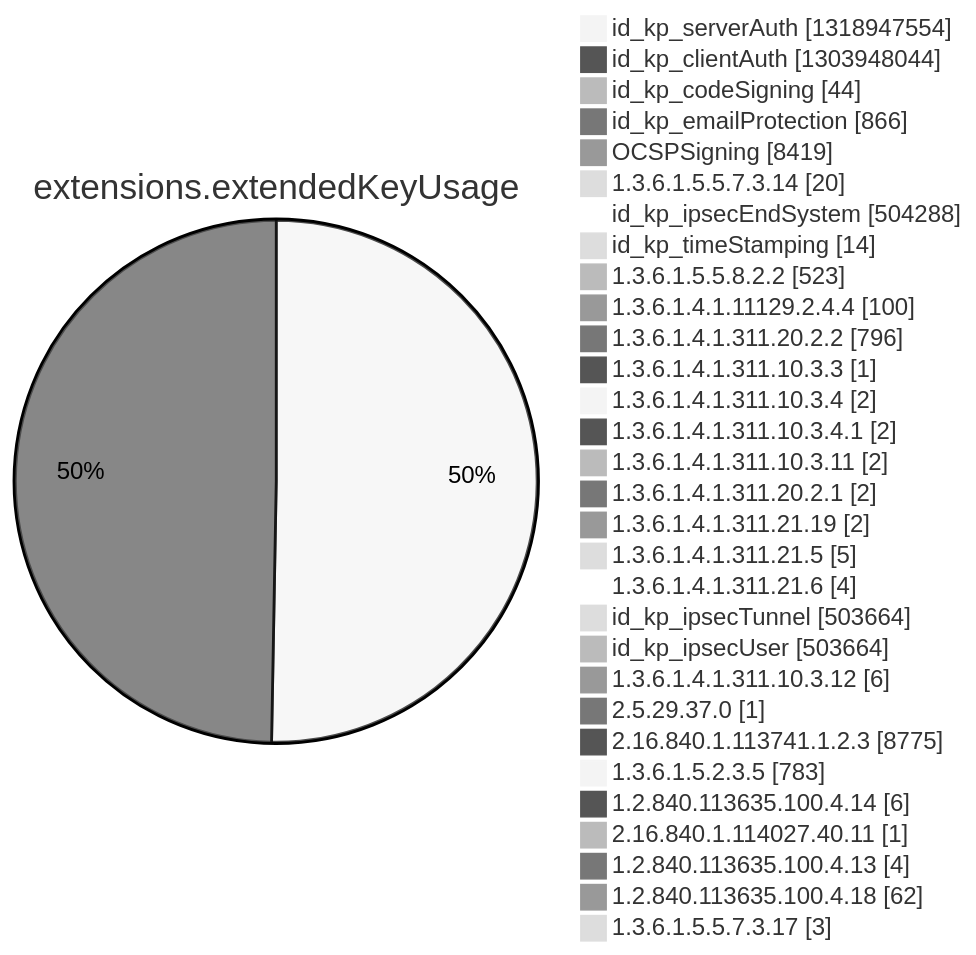
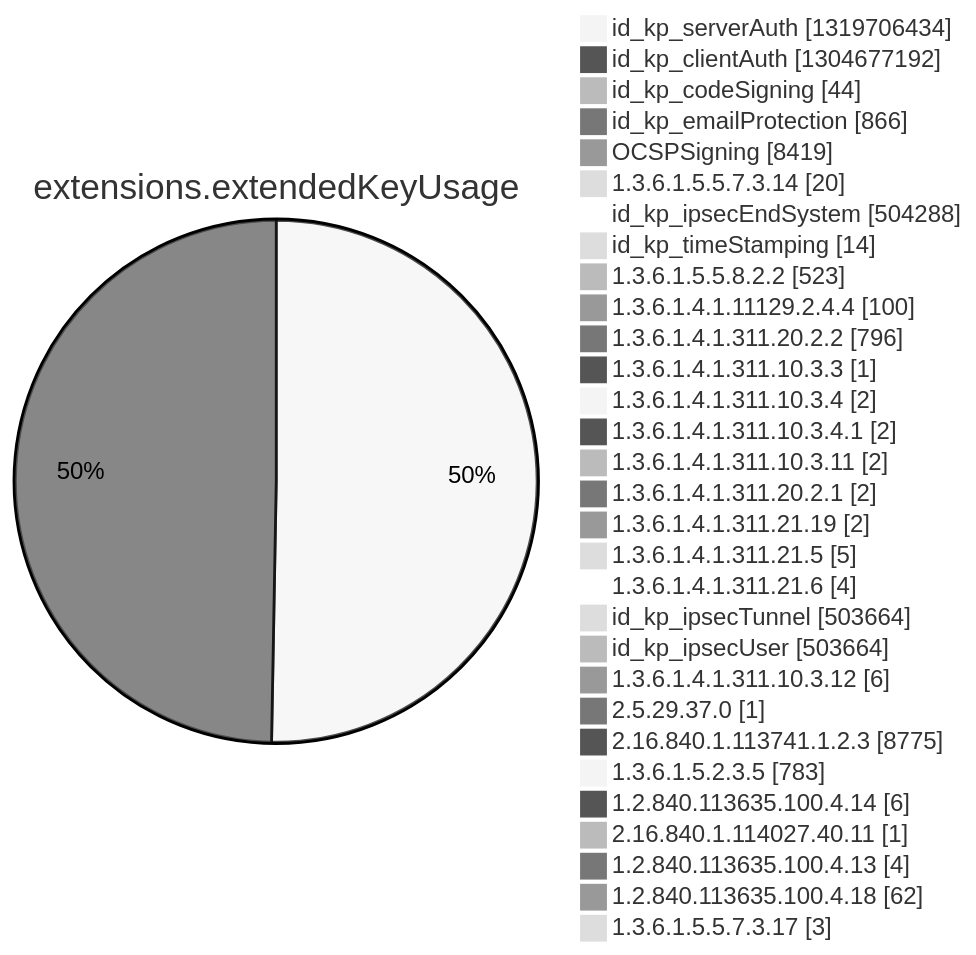
One commit to christiankrug/ctmonitor_visualization changed diagram 12 of 15 in argon2022/README.md. Above: the diagram before and after it, drawn with Mermaid (neutral theme). The commit also changed other lines of this file, not shown here.

````diff
--- a/argon2022/README.md
+++ b/argon2022/README.md
@@ -3552,34 +3552,34 @@
 ```mermaid
 pie showData
 title extensions.extendedKeyUsage
-"id_kp_serverAuth" :1318947554
-"id_kp_clientAuth" :1303948044
+"id_kp_serverAuth" :1319706434
+"id_kp_clientAuth" :1304677192
 "id_kp_codeSigning" :44
 "id_kp_emailProtection" :866
 "OCSPSigning" :8419
 "1.3.6.1.5.5.7.3.14" :20
 "id_kp_ipsecEndSystem" :504288
 "id_kp_timeStamping" :14
 "1.3.6.1.5.5.8.2.2" :523
 "1.3.6.1.4.1.11129.2.4.4" :100
 "1.3.6.1.4.1.311.20.2.2" :796
 "1.3.6.1.4.1.311.10.3.3" :1
 "1.3.6.1.4.1.311.10.3.4" :2
 "1.3.6.1.4.1.311.10.3.4.1" :2
 "1.3.6.1.4.1.311.10.3.11" :2
 "1.3.6.1.4.1.311.20.2.1" :2
 "1.3.6.1.4.1.311.21.19" :2
 "1.3.6.1.4.1.311.21.5" :5
 "1.3.6.1.4.1.311.21.6" :4
 "id_kp_ipsecTunnel" :503664
 "id_kp_ipsecUser" :503664
 "1.3.6.1.4.1.311.10.3.12" :6
 "2.5.29.37.0" :1
 "2.16.840.1.113741.1.2.3" :8775
 "1.3.6.1.5.2.3.5" :783
 "1.2.840.113635.100.4.14" :6
 "2.16.840.1.114027.40.11" :1
 "1.2.840.113635.100.4.13" :4
 "1.2.840.113635.100.4.18" :62
 "1.3.6.1.5.5.7.3.17" :3
 ```
````
